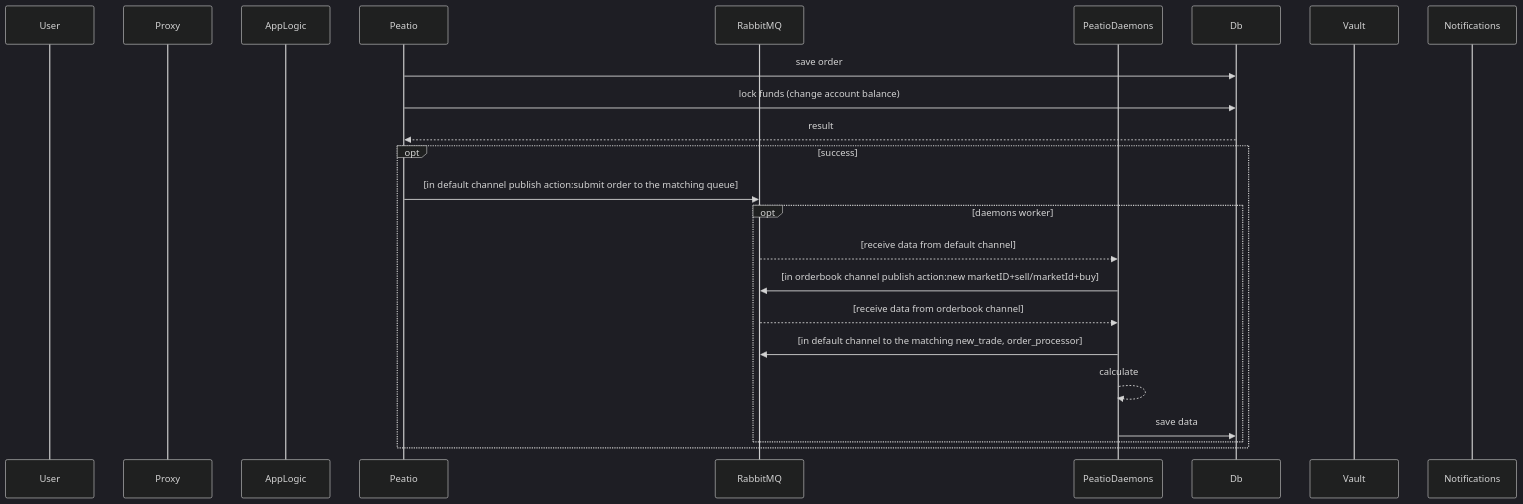
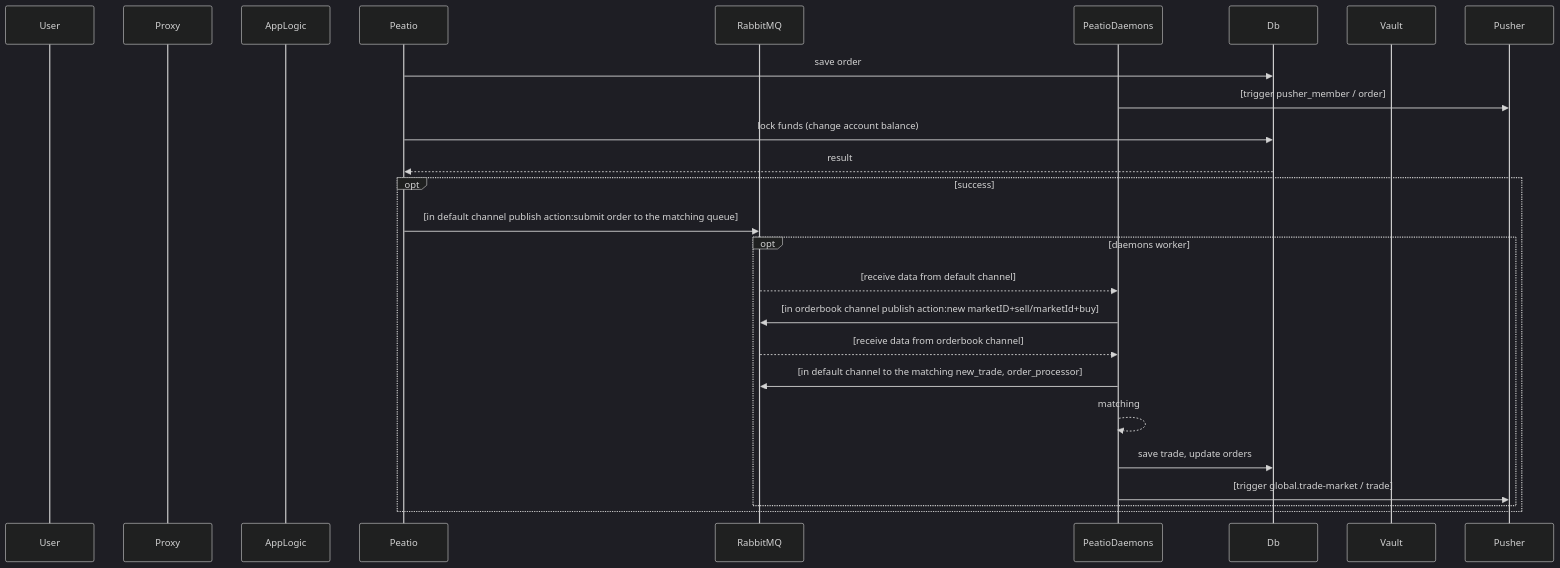
Before and after one commit to sergii-savchenko/rkcp_arch: the first of 10 diagrams in content/3.010.orders.md, drawn with Mermaid (dark theme). The commit also changed other lines of this file and 3 other files, not shown here.

````diff
--- a/content/3.010.orders.md
+++ b/content/3.010.orders.md
@@ -6,27 +6,29 @@
 ```mermaid
 sequenceDiagram
     participant User
     participant Proxy
     participant AppLogic
     participant Peatio
     participant RabbitMQ
     participant PeatioDaemons
     participant Db
     participant Vault
-    participant Notifications
+    participant Pusher
 
     Peatio->>Db: save order
+    PeatioDaemons->>Pusher: [trigger pusher_member / order]
     Peatio->>Db: lock funds (change account balance)
     Db-->>Peatio: result
     opt success
         Peatio->>RabbitMQ: [in default channel publish action:submit order to the matching queue]
         opt daemons worker
             RabbitMQ-->>PeatioDaemons: [receive data from default channel]
             PeatioDaemons->>RabbitMQ: [in orderbook channel publish action:new marketID+sell/marketId+buy]
             RabbitMQ-->>PeatioDaemons: [receive data from orderbook channel]
             PeatioDaemons->>RabbitMQ: [in default channel to the matching new_trade, order_processor]
-            PeatioDaemons-->>PeatioDaemons: calculate
-            PeatioDaemons->>Db: save data
+            PeatioDaemons-->>PeatioDaemons: matching
+            PeatioDaemons->>Db: save trade, update orders
+            PeatioDaemons->>Pusher: [trigger global.trade-market / trade]
         end
     end
 ```
````
